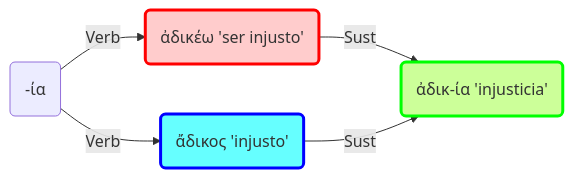
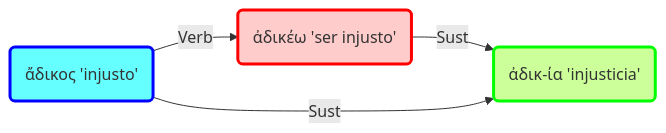
One commit to pajaro1966/Asignaturas changed the fifth of 5 diagrams in docs/Proyecto_Innova_2025_2026/notas/Suf_ia.md. Above: the diagram before and after it, drawn with Mermaid. The commit also changed other lines of this file, not shown here.

Commit message:
Actualización local: guardar todos los cambios antes de sincronizar

````diff
--- a/docs/Proyecto_Innova_2025_2026/notas/Suf_ia.md
+++ b/docs/Proyecto_Innova_2025_2026/notas/Suf_ia.md
@@ -174,39 +181,36 @@
 ```mermaid
 graph LR
 
-Suf("-ία")
-
-Suf --"Verb"-->Sust1("ἀδικέω 'ser injusto'")--"Sust"-->Sust12b("ἀδικ-ία 'injusticia'")
+Sust2 --"Verb"-->Sust1("ἀδικέω 'ser injusto'")--"Sust"-->Sust12b("ἀδικ-ία 'injusticia'")
 Sust1:::Verb
 Sust12b:::Sust
 
-Suf --"Verb"-->Sust2("ἄδικος 'injusto'")--"Sust"-->Sust12b
+Sust2("ἄδικος 'injusto'")--"Sust"-->Sust12b
 Sust2:::Adj
-
 
 classDef Verb stroke:#f00, stroke-width:3px
 classDef Sust stroke:#0f0, stroke-width:3px
 classDef Adj stroke:#00f, stroke-width:3px
 classDef Adv stroke:brown, stroke-width:3px
 classDef Nada stroke:#000000, stroke-width:2px
 classDef Raíz stroke:#000000, stroke-width:3px
 
 classDef Prep stroke:black, stroke-width:3px
 
 classDef Prep stroke:yellow, stroke-width:3px
 classDef SP stroke:yellow, stroke-width:3px
 
 classDef Inf stroke-width:1px, stroke-dasharray: 10, 5
 classDef Verb fill:#ffCCCC
 classDef Sust fill:#CCff99
 classDef Adj fill:#66FFFF
 classDef Adv fill:Bisque
 classDef Nada fill:#ffffff
 classDef Raíz fill:#ffffff
 
 classDef Pref fill:LightGray
 
 classDef Prep fill:LemonChiffon
 classDef SP fill:#CCff99
 
 ```
````
